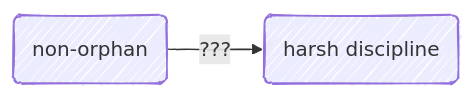
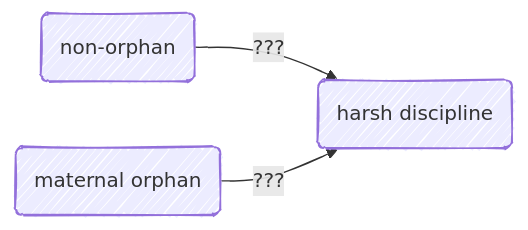
The diagram in orphan/diagrams.md (agrogan1/closeread), drawn with Mermaid before and after one commit.

````diff
--- a/orphan/diagrams.md
+++ b/orphan/diagrams.md
@@ -1,9 +1,10 @@
 ```mermaid
 ---
 config:
   look: handDrawn
   theme: default
 ---
 flowchart LR
   nonorphan(non-orphan) --> |"???"| harshdiscipline(harsh discipline)
+  maternalorphan(maternal orphan) --> |"???"| harshdiscipline(harsh discipline)
 ```
````
